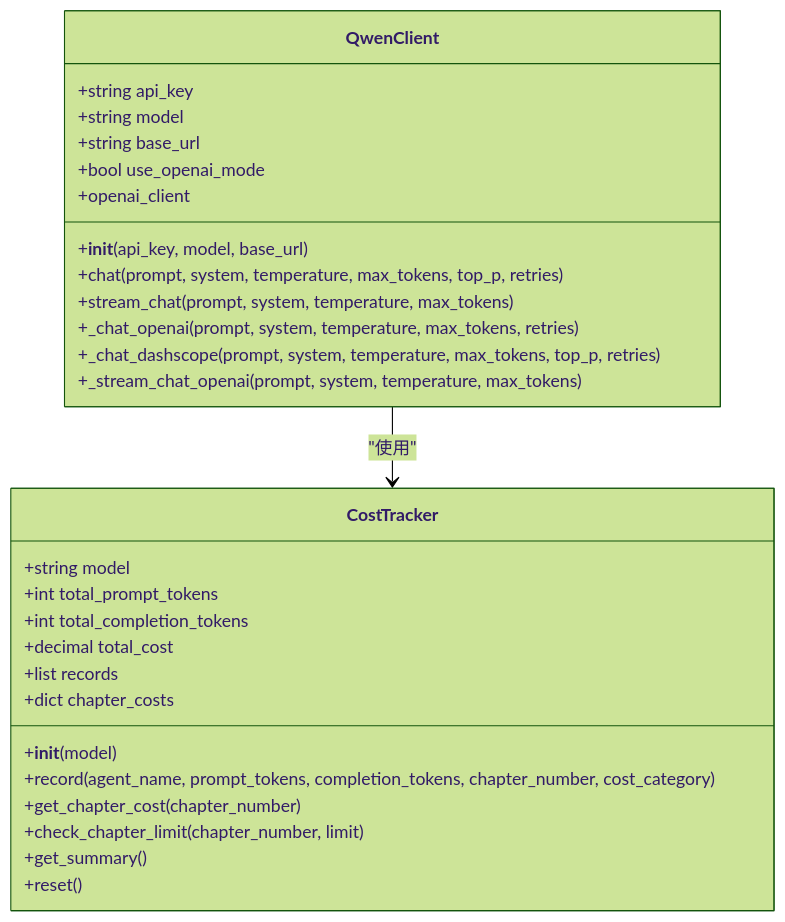
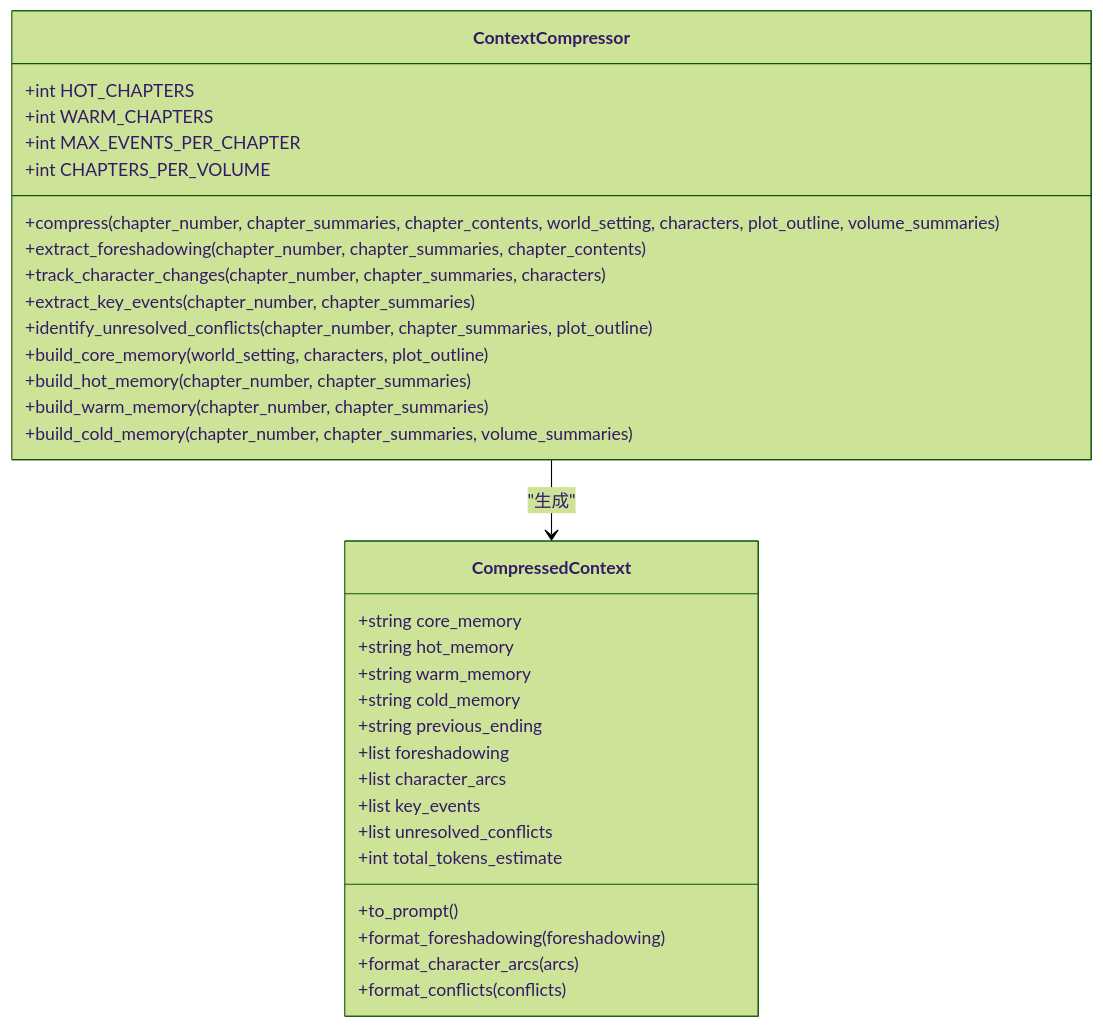
One commit to xfbyxq/ai-novel-system changed the third of 10 diagrams in .qoder/repowiki/zh/content/AI智能体系统/上下文压缩系统.md. Above: the diagram before and after it, drawn with Mermaid (forest theme). The commit also changed other lines of this file and 84 other files, not shown here.

````diff
--- a/.qoder/repowiki/zh/content/AI智能体系统/上下文压缩系统.md
+++ b/.qoder/repowiki/zh/content/AI智能体系统/上下文压缩系统.md
@@ -172,31 +178,35 @@
 ```mermaid
 classDiagram
-class QwenClient {
-+string api_key
-+string model
-+string base_url
-+bool use_openai_mode
-+openai_client
-+__init__(api_key, model, base_url)
-+chat(prompt, system, temperature, max_tokens, top_p, retries)
-+stream_chat(prompt, system, temperature, max_tokens)
-+_chat_openai(prompt, system, temperature, max_tokens, retries)
-+_chat_dashscope(prompt, system, temperature, max_tokens, top_p, retries)
-+_stream_chat_openai(prompt, system, temperature, max_tokens)
+class ContextCompressor {
++int HOT_CHAPTERS
++int WARM_CHAPTERS
++int MAX_EVENTS_PER_CHAPTER
++int CHAPTERS_PER_VOLUME
++compress(chapter_number, chapter_summaries, chapter_contents, world_setting, characters, plot_outline, volume_summaries)
++extract_foreshadowing(chapter_number, chapter_summaries, chapter_contents)
++track_character_changes(chapter_number, chapter_summaries, characters)
++extract_key_events(chapter_number, chapter_summaries)
++identify_unresolved_conflicts(chapter_number, chapter_summaries, plot_outline)
++build_core_memory(world_setting, characters, plot_outline)
++build_hot_memory(chapter_number, chapter_summaries)
++build_warm_memory(chapter_number, chapter_summaries)
++build_cold_memory(chapter_number, chapter_summaries, volume_summaries)
 }
-class CostTracker {
-+string model
-+int total_prompt_tokens
-+int total_completion_tokens
-+decimal total_cost
-+list records
-+dict chapter_costs
-+__init__(model)
-+record(agent_name, prompt_tokens, completion_tokens, chapter_number, cost_category)
-+get_chapter_cost(chapter_number)
-+check_chapter_limit(chapter_number, limit)
-+get_summary()
-+reset()
+class CompressedContext {
++string core_memory
++string hot_memory
++string warm_memory
++string cold_memory
++string previous_ending
++list foreshadowing
++list character_arcs
++list key_events
++list unresolved_conflicts
++int total_tokens_estimate
++to_prompt()
++format_foreshadowing(foreshadowing)
++format_character_arcs(arcs)
++format_conflicts(conflicts)
 }
-QwenClient --> CostTracker : "使用"
+ContextCompressor --> CompressedContext : "生成"
 ```
````
